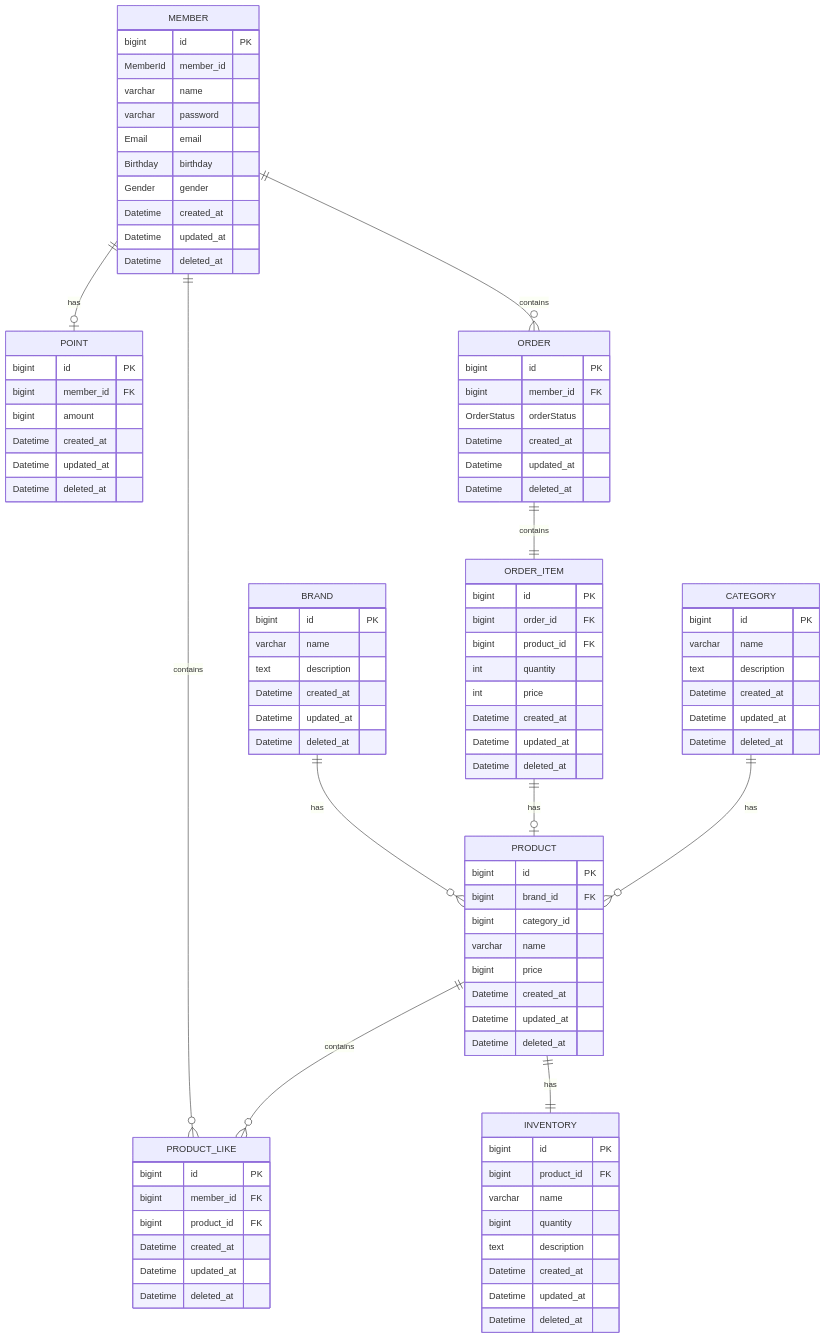
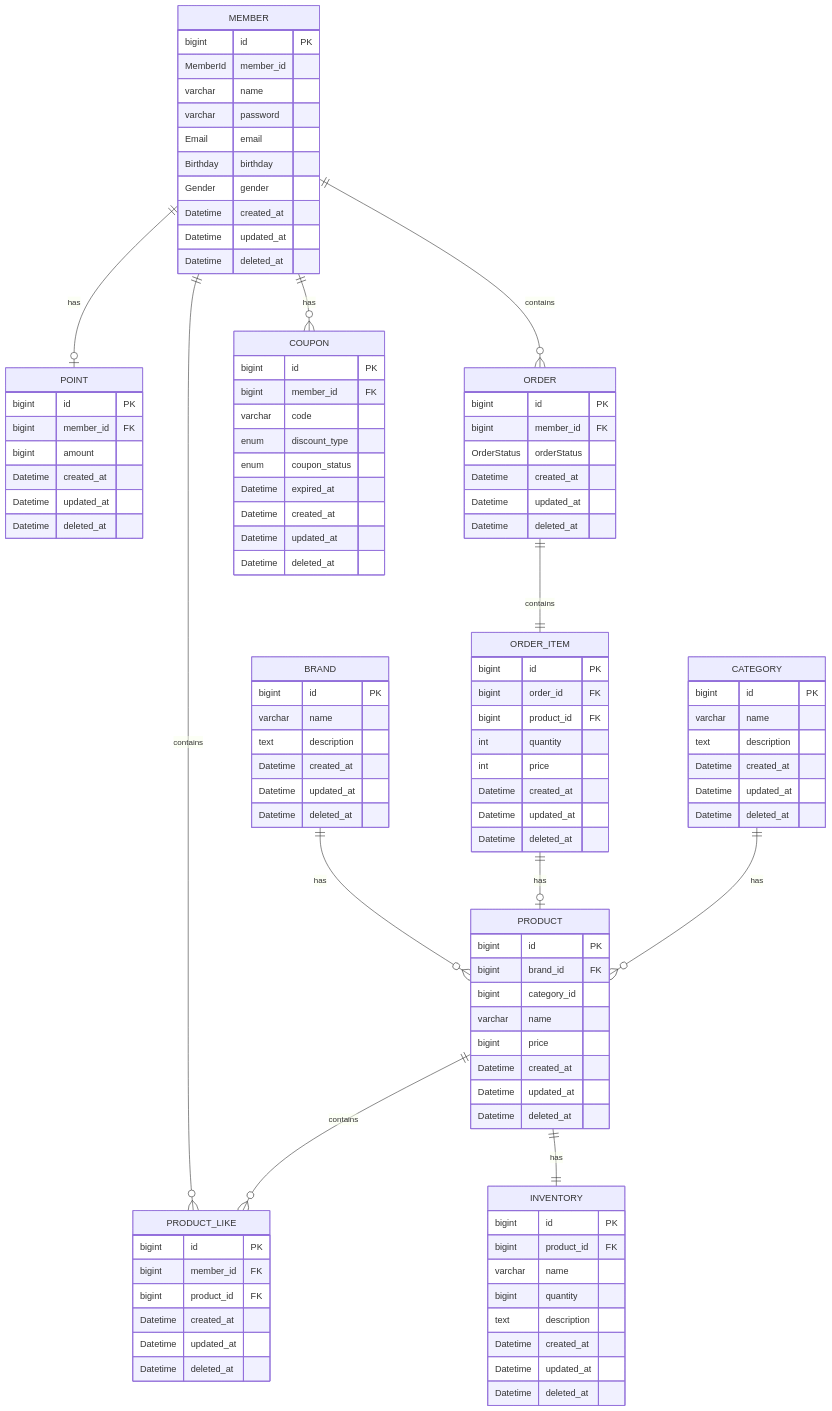
Before and after one commit to impwy/loopers-ecommerce: the diagram in docs/design/04-erd.md, drawn with Mermaid. The commit also changed 1 other file, not shown here.

Commit message:
refactor: 설계 수정

```diff
--- a/docs/design/04-erd.md
+++ b/docs/design/04-erd.md
@@ -100,9 +100,23 @@
         Datetime deleted_at
     }
     
+    COUPON {
+        bigint id PK
+        bigint member_id FK
+        varchar code
+        enum discount_type
+        enum coupon_status
+        Datetime expired_at
+
+        Datetime created_at
+        Datetime updated_at
+        Datetime deleted_at
+    }
+    
     MEMBER ||--o| POINT : has
     MEMBER ||--o{ PRODUCT_LIKE : contains
     MEMBER ||--o{ ORDER : contains
+    MEMBER ||--o{ COUPON : has
     ORDER ||--|| ORDER_ITEM : contains
     PRODUCT ||--o{ PRODUCT_LIKE : contains
     BRAND ||--o{ PRODUCT : has
```
